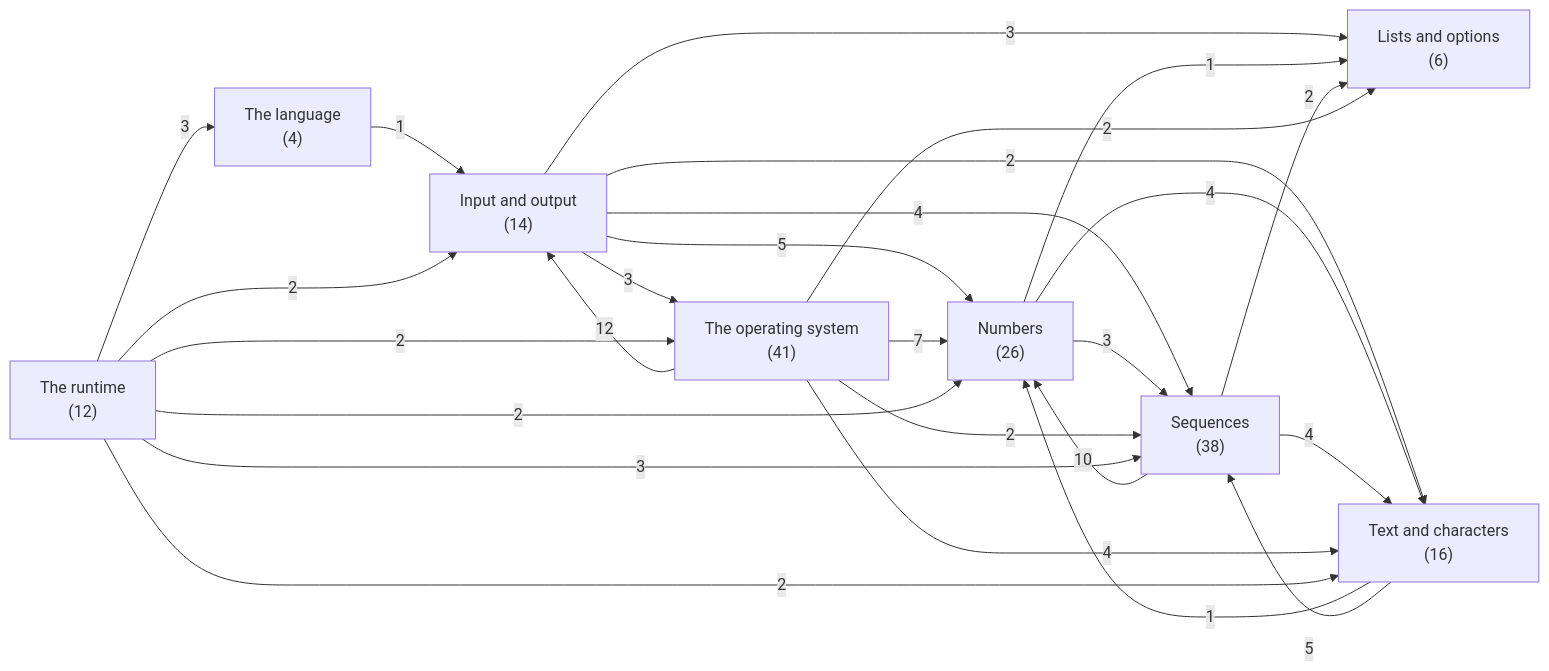
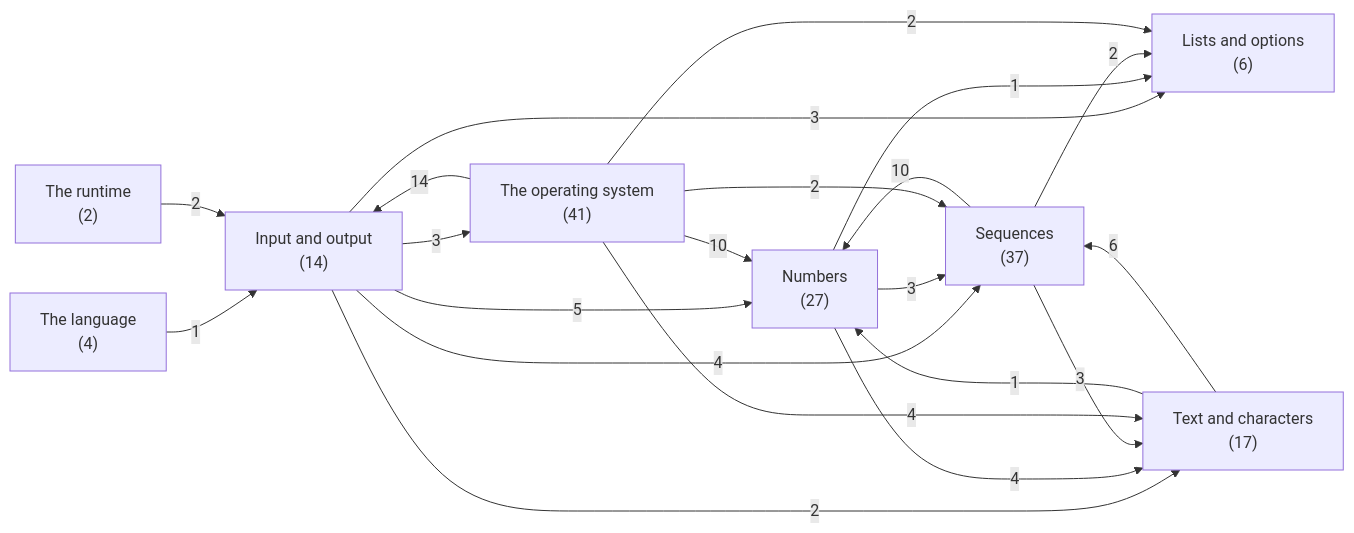
The first of 9 diagrams in docs/generated/basis/depends.md (ruudkoot/rune), drawn with Mermaid before and after one commit. The commit also changed other lines of this file and 76 other files, not shown here.

````diff
--- a/docs/generated/basis/depends.md
+++ b/docs/generated/basis/depends.md
@@ -24,36 +24,31 @@
 ```mermaid
 flowchart LR
   a0["The language<br>(4)"]
-  a1["Text and characters<br>(16)"]
+  a1["Text and characters<br>(17)"]
   a2["Lists and options<br>(6)"]
-  a3["Numbers<br>(26)"]
-  a4["Sequences<br>(38)"]
+  a3["Numbers<br>(27)"]
+  a4["Sequences<br>(37)"]
   a5["The operating system<br>(41)"]
   a6["Input and output<br>(14)"]
-  a7["The runtime<br>(12)"]
+  a7["The runtime<br>(2)"]
   a6 -- 3 --> a2
   a6 -- 5 --> a3
   a6 -- 4 --> a4
   a6 -- 2 --> a1
   a6 -- 3 --> a5
   a3 -- 1 --> a2
   a3 -- 3 --> a4
   a3 -- 4 --> a1
   a4 -- 2 --> a2
   a4 -- 10 --> a3
-  a4 -- 4 --> a1
+  a4 -- 3 --> a1
   a1 -- 1 --> a3
-  a1 -- 5 --> a4
+  a1 -- 6 --> a4
   a0 -- 1 --> a6
-  a5 -- 12 --> a6
+  a5 -- 14 --> a6
   a5 -- 2 --> a2
-  a5 -- 7 --> a3
+  a5 -- 10 --> a3
   a5 -- 2 --> a4
   a5 -- 4 --> a1
   a7 -- 2 --> a6
-  a7 -- 2 --> a3
-  a7 -- 3 --> a4
-  a7 -- 2 --> a1
-  a7 -- 3 --> a0
-  a7 -- 2 --> a5
 ```
````
